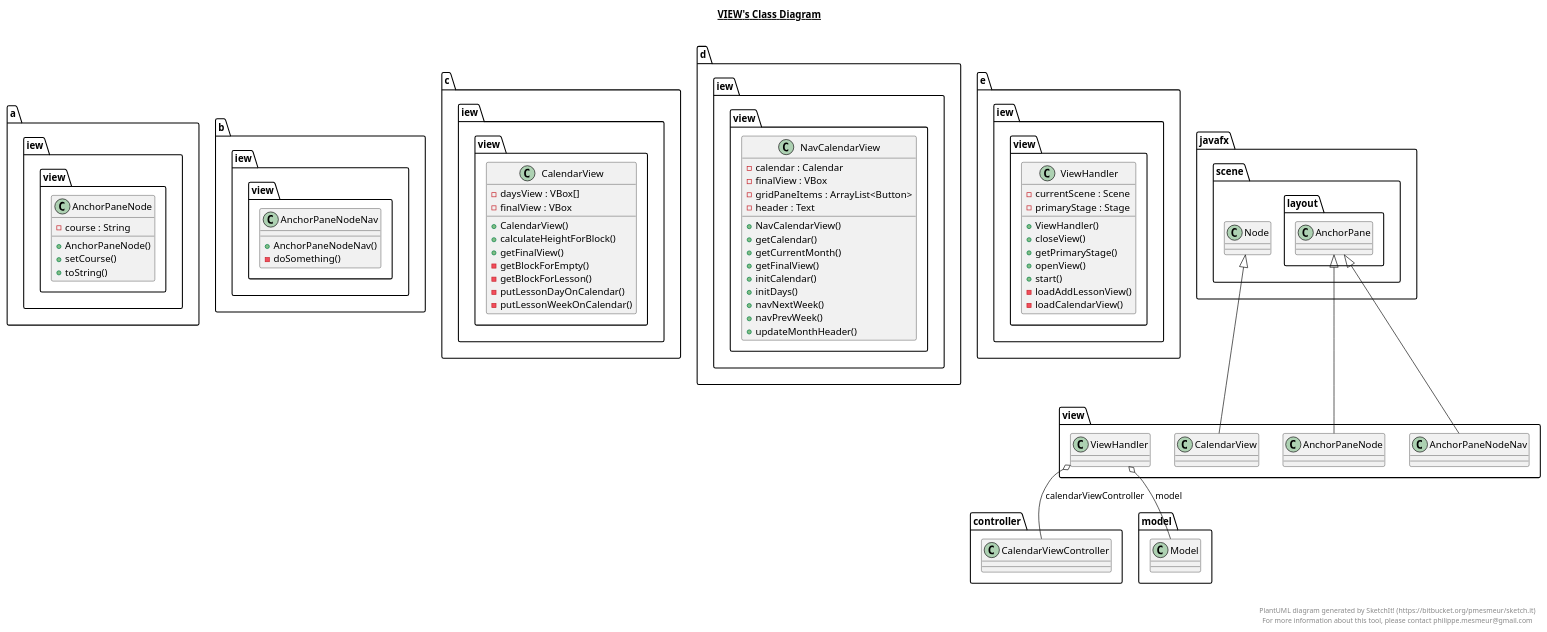
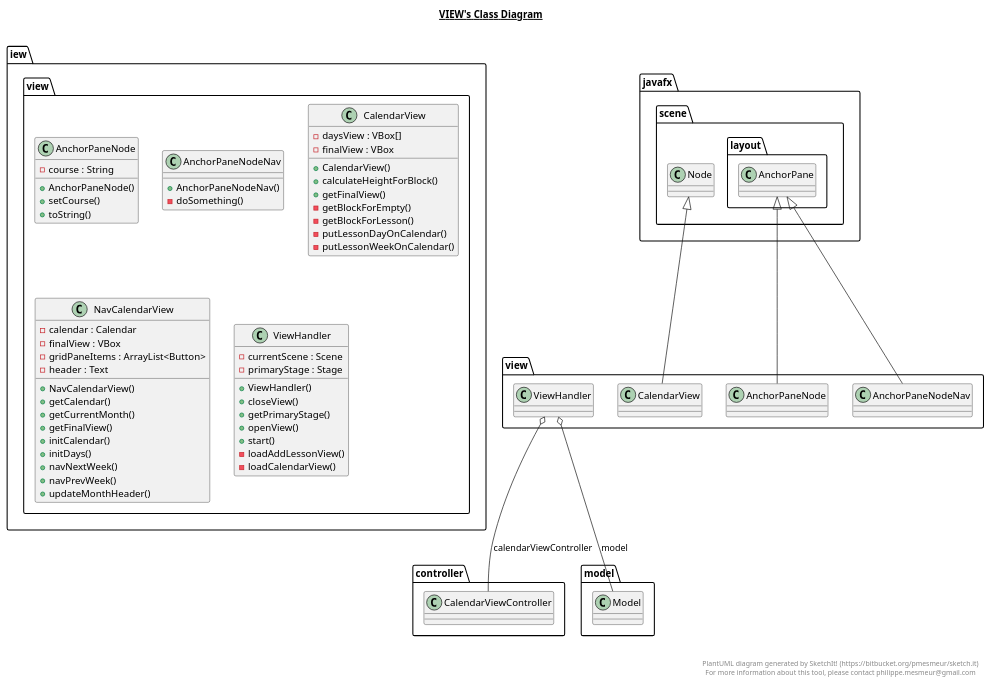
Before and after one commit to wikcioo/scheduling-application-sep1: the diagram in JavaFXSchedulingApplication/src/view/view.plantuml, drawn with PlantUML. The commit also changed 4 other files, not shown here.

First line of the commit message:
Deleted namespace from PlantUml

```diff
--- a/JavaFXSchedulingApplication/src/view/view.plantuml
+++ b/JavaFXSchedulingApplication/src/view/view.plantuml
@@ -1,96 +1,96 @@
 @startuml
 
 title __VIEW's Class Diagram__\n
 
-  namespace a {
+
     namespace iew {
       class view.AnchorPaneNode {
           - course : String
           + AnchorPaneNode()
           + setCourse()
           + toString()
       }
     }
-  }
+
   
 
-  namespace b {
+
     namespace iew {
       class view.AnchorPaneNodeNav {
           + AnchorPaneNodeNav()
           - doSomething()
       }
     }
-  }
+
   
 
-  namespace c  {
+
     namespace iew {
       class view.CalendarView {
           - daysView : VBox[]
           - finalView : VBox
           + CalendarView()
           + calculateHeightForBlock()
           + getFinalView()
           - getBlockForEmpty()
           - getBlockForLesson()
           - putLessonDayOnCalendar()
           - putLessonWeekOnCalendar()
       }
     }
-  }
+
   
 
-  namespace d {
+
     namespace iew {
       class view.NavCalendarView {
           - calendar : Calendar
           - finalView : VBox
           - gridPaneItems : ArrayList<Button>
           - header : Text
           + NavCalendarView()
           + getCalendar()
           + getCurrentMonth()
           + getFinalView()
           + initCalendar()
           + initDays()
           + navNextWeek()
           + navPrevWeek()
           + updateMonthHeader()
       }
     }
-  }
+
   
 
-  namespace e {
+
     namespace iew {
       class view.ViewHandler {
           - currentScene : Scene
           - primaryStage : Stage
           + ViewHandler()
           + closeView()
           + getPrimaryStage()
           + openView()
           + start()
           - loadAddLessonView()
           - loadCalendarView()
       }
     }
-  }
+
   
 
   view.AnchorPaneNode -up-|> javafx.scene.layout.AnchorPane
   view.AnchorPaneNodeNav -up-|> javafx.scene.layout.AnchorPane
   view.CalendarView -up-|> javafx.scene.Node
   view.ViewHandler o-- controller.CalendarViewController : calendarViewController
   view.ViewHandler o-- model.Model : model
 
 
 right footer
 
 
 PlantUML diagram generated by SketchIt! (https://bitbucket.org/pmesmeur/sketch.it)
 For more information about this tool, please contact philippe.mesmeur@gmail.com
 endfooter
 
 @enduml
```
